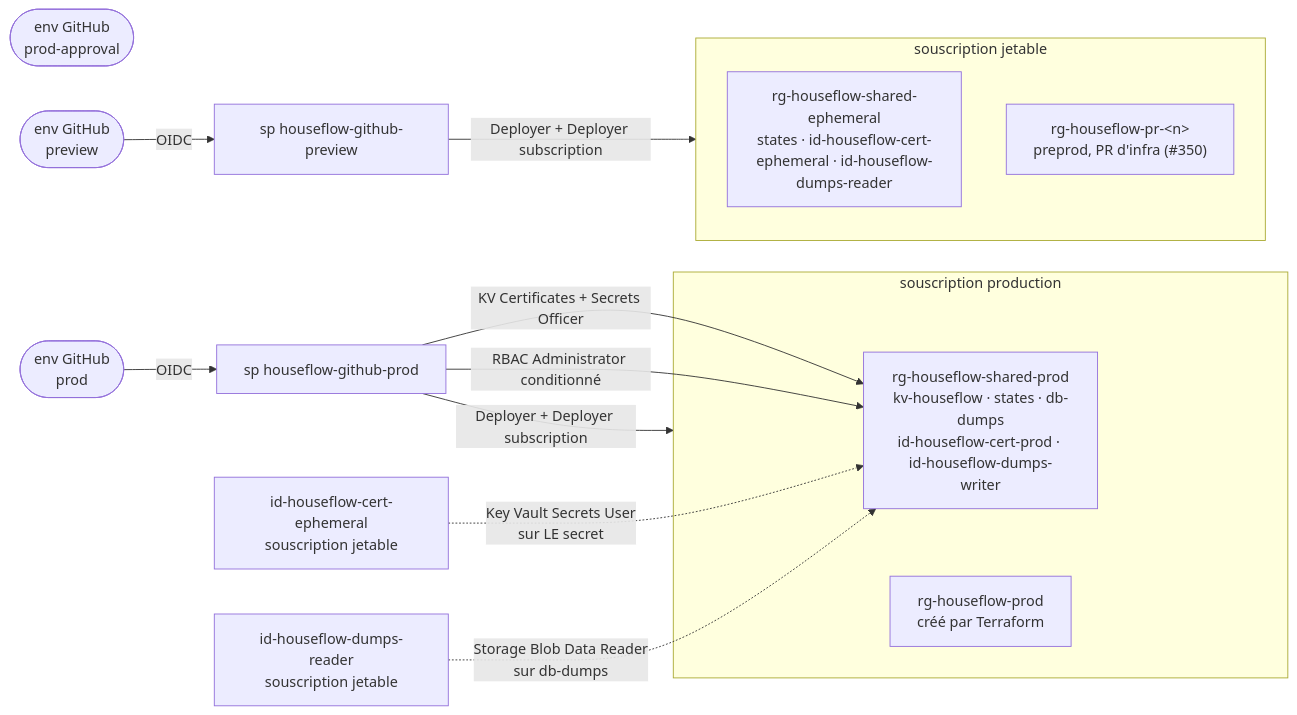
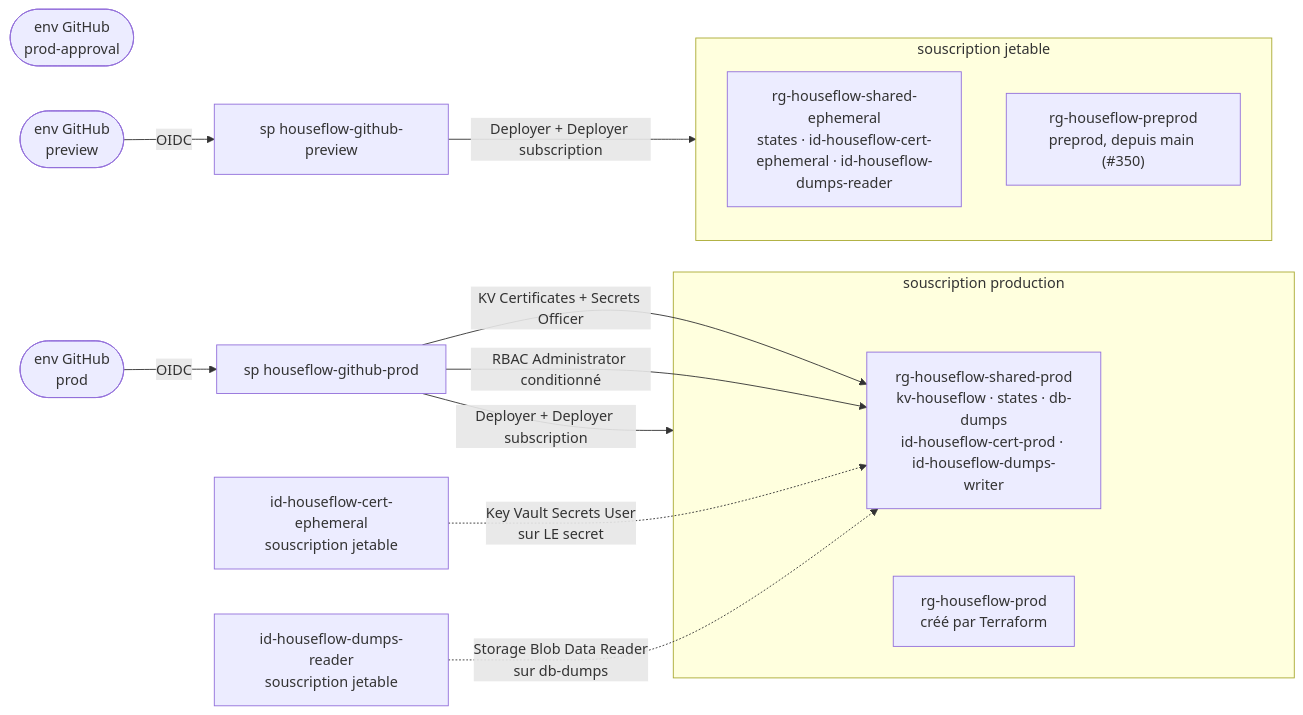
The diagram in infrastructure/rbac/README.md (BarbeRouss/HouseFlow), drawn with Mermaid before and after one commit. The commit also changed other lines of this file and 19 other files, not shown here.

First line of the commit message:
feat(infra): preprod Azure depuis main dans pipeline.yml, avant l'approbation prod — option C (#350)

````diff
--- a/infrastructure/rbac/README.md
+++ b/infrastructure/rbac/README.md
@@ -34,26 +34,26 @@
 ```mermaid
 graph LR
   EA(["env GitHub<br/>prod-approval"])
 
   EO(["env GitHub<br/>prod"]) -->|OIDC| SPO["sp houseflow-github-prod"]
   EV(["env GitHub<br/>preview"]) -->|OIDC| SPV["sp houseflow-github-preview"]
 
   subgraph SUBP ["souscription production"]
     RGS["rg-houseflow-shared-prod<br/>kv-houseflow · states · db-dumps<br/>id-houseflow-cert-prod · id-houseflow-dumps-writer"]
     RGO["rg-houseflow-prod<br/>créé par Terraform"]
   end
 
   subgraph SUBE ["souscription jetable"]
     RGSE["rg-houseflow-shared-ephemeral<br/>states · id-houseflow-cert-ephemeral · id-houseflow-dumps-reader"]
-    RGX["rg-houseflow-pr-&lt;n&gt;<br/>preprod, PR d'infra (#350)"]
+    RGX["rg-houseflow-preprod<br/>preprod, depuis main (#350)"]
   end
 
   SPO -->|Deployer + Deployer subscription| SUBP
   SPO -->|KV Certificates + Secrets Officer| RGS
   SPO -->|RBAC Administrator conditionné| RGS
 
   SPV -->|Deployer + Deployer subscription| SUBE
 
   IDC["id-houseflow-cert-ephemeral<br/>souscription jetable"] -.->|Key Vault Secrets User<br/>sur LE secret| RGS
   IDD["id-houseflow-dumps-reader<br/>souscription jetable"] -.->|Storage Blob Data Reader<br/>sur db-dumps| RGS
 ```
````
